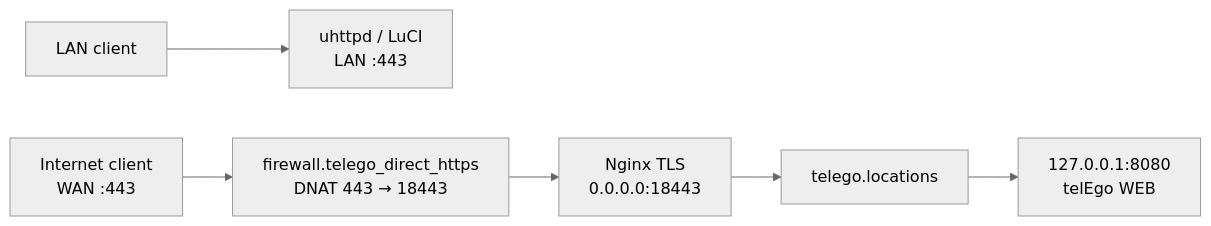
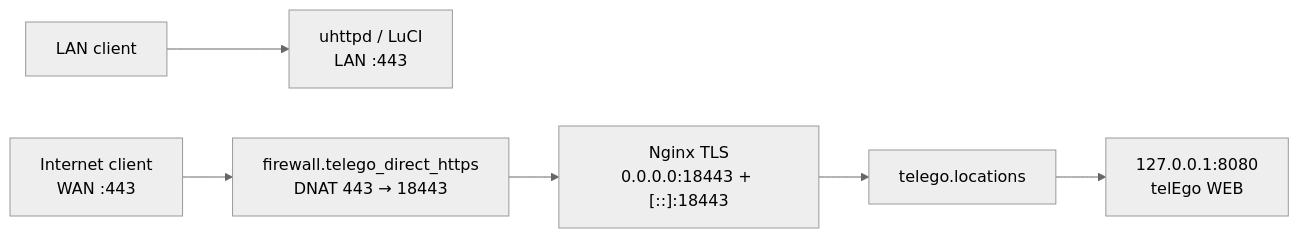
One commit to Ra1nek/telEgo-openwrt changed diagram 12 of 16 in docs/ARCHITECTURE.md. Above: the diagram before and after it, drawn with Mermaid (neutral theme). The commit also changed other lines of this file and 20 other files, not shown here.

````diff
--- a/docs/ARCHITECTURE.md
+++ b/docs/ARCHITECTURE.md
@@ -309,8 +309,8 @@
 ```mermaid
 flowchart LR
     LAN["LAN client"] --> U["uhttpd / LuCI<br/>LAN :443"]
     WAN["Internet client<br/>WAN :443"] --> FW["firewall.telego_direct_https<br/>DNAT 443 → 18443"]
-    FW --> TLS["Nginx TLS<br/>0.0.0.0:18443"]
+    FW --> TLS["Nginx TLS<br/>0.0.0.0:18443 + [::]:18443"]
     TLS --> LOC["telego.locations"]
     LOC --> WEB["127.0.0.1:8080<br/>telEgo WEB"]
 ```
````
